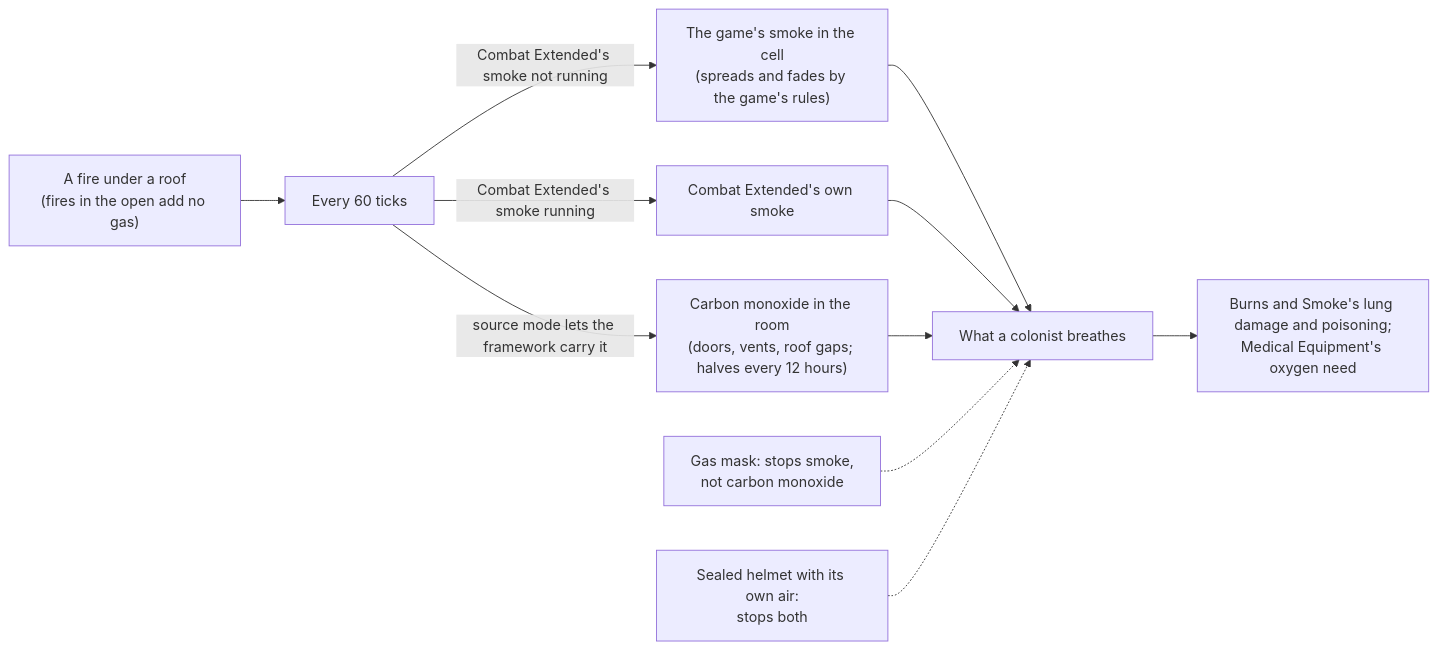
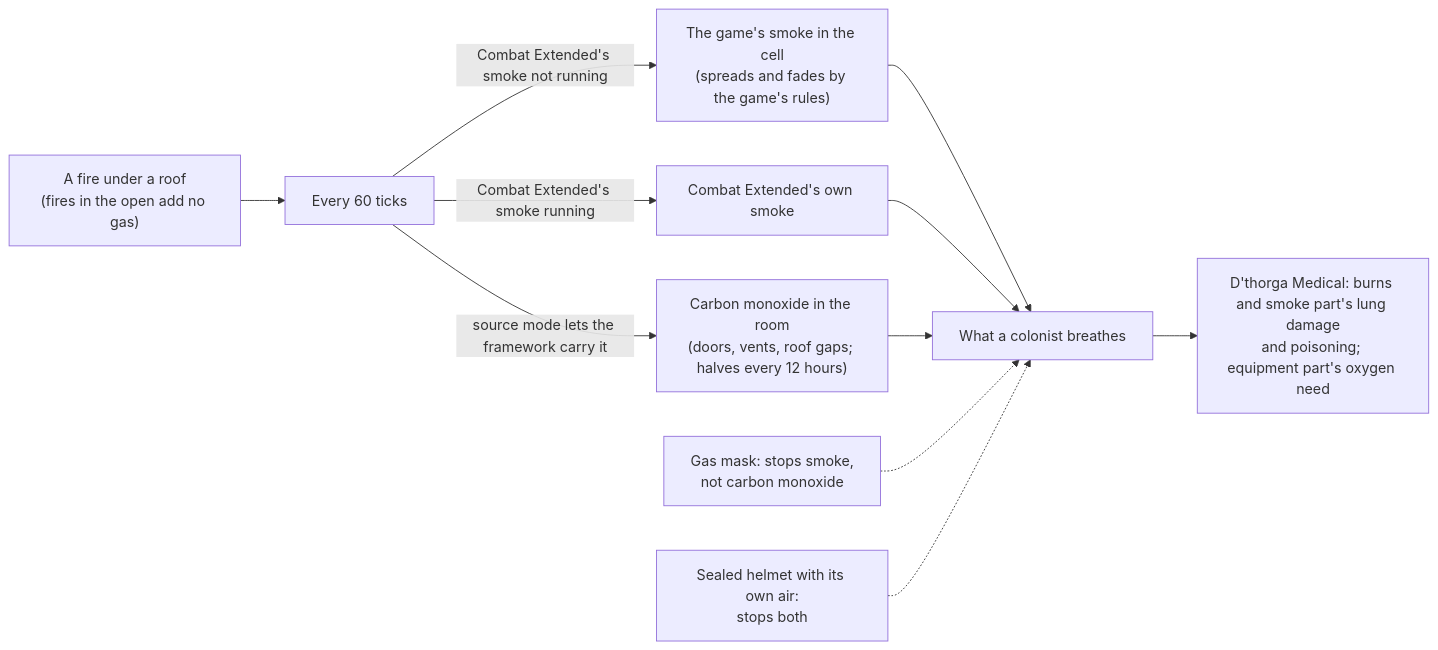
Before and after one commit to phobos-dthorga/phobos-rimworld: the diagram in mods/PhobosFramework/README.md, drawn with Mermaid. The commit also changed other lines of this file and 90 other files, not shown here.

````diff
--- a/mods/PhobosFramework/README.md
+++ b/mods/PhobosFramework/README.md
@@ -234,13 +234,13 @@
 ```mermaid
 flowchart LR
     Fire["A fire under a roof<br/>(fires in the open add no gas)"] --> Pass["Every 60 ticks"]
     Pass -- "Combat Extended's smoke not running" --> GameSmoke["The game's smoke in the cell<br/>(spreads and fades by the game's rules)"]
     Pass -- "Combat Extended's smoke running" --> CESmoke["Combat Extended's own smoke"]
     Pass -- "source mode lets the framework carry it" --> CO["Carbon monoxide in the room<br/>(doors, vents, roof gaps; halves every 12 hours)"]
     GameSmoke --> Breathed["What a colonist breathes"]
     CESmoke --> Breathed
     CO --> Breathed
     Mask["Gas mask: stops smoke,<br/>not carbon monoxide"] -.-> Breathed
     Sealed["Sealed helmet with its own air:<br/>stops both"] -.-> Breathed
-    Breathed --> Users["Burns and Smoke's lung damage and poisoning;<br/>Medical Equipment's oxygen need"]
+    Breathed --> Users["D'thorga Medical: burns and smoke part's lung damage<br/>and poisoning; equipment part's oxygen need"]
 ```
````
